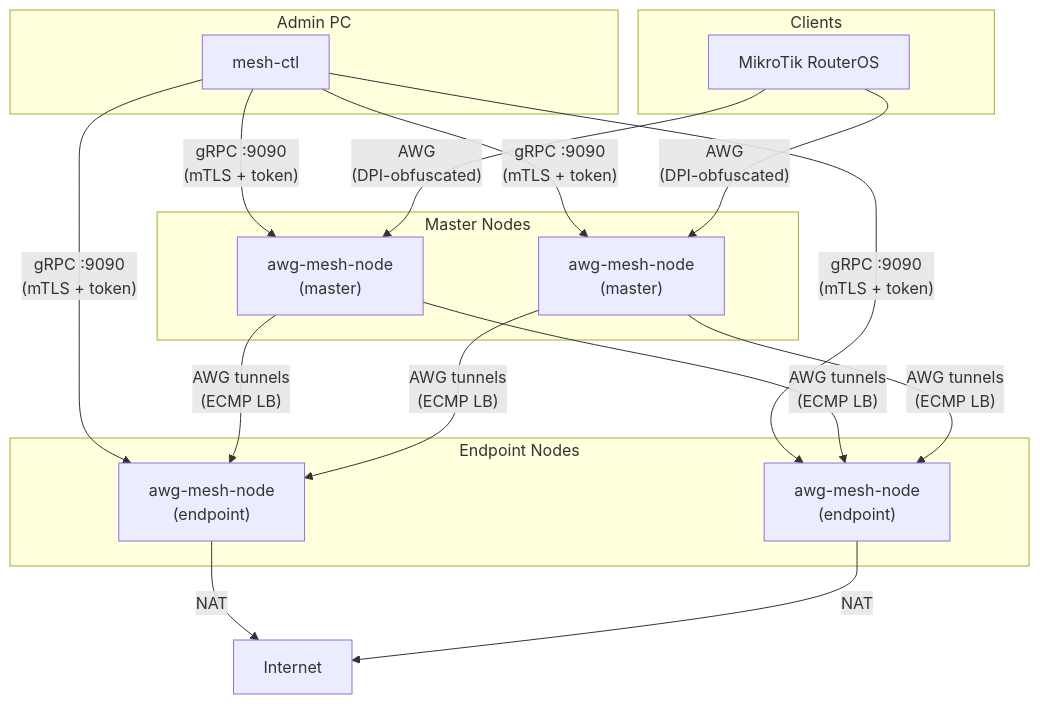
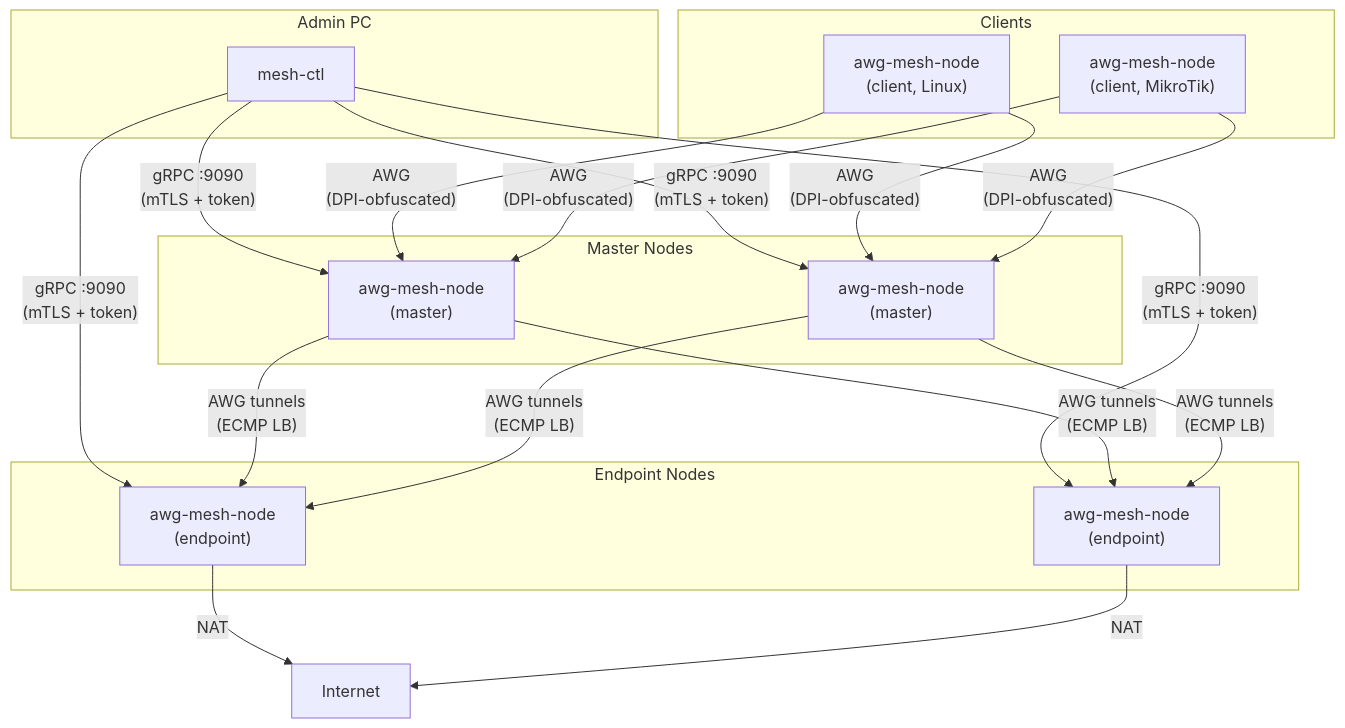
The diagram in README.md (coonfuuseed-paandaa/awg-mesh), drawn with Mermaid before and after one commit. The commit also changed other lines of this file and 1 other file, not shown here.

````diff
--- a/README.md
+++ b/README.md
@@ -14,38 +14,41 @@
 ```mermaid
 graph TB
     subgraph Admin["Admin PC"]
         ctl["mesh-ctl"]
     end
 
     subgraph Masters["Master Nodes"]
         m1["awg-mesh-node\n(master)"]
         m2["awg-mesh-node\n(master)"]
     end
 
     subgraph Endpoints["Endpoint Nodes"]
         e1["awg-mesh-node\n(endpoint)"]
         e2["awg-mesh-node\n(endpoint)"]
     end
 
     subgraph Clients["Clients"]
-        mk["MikroTik RouterOS"]
+        lc["awg-mesh-node\n(client, Linux)"]
+        mk["awg-mesh-node\n(client, MikroTik)"]
     end
 
     inet["Internet"]
 
     ctl -- "gRPC :9090\n(mTLS + token)" --> m1
     ctl -- "gRPC :9090\n(mTLS + token)" --> m2
     ctl -- "gRPC :9090\n(mTLS + token)" --> e1
     ctl -- "gRPC :9090\n(mTLS + token)" --> e2
 
     m1 -- "AWG tunnels\n(ECMP LB)" --> e1
     m1 -- "AWG tunnels\n(ECMP LB)" --> e2
     m2 -- "AWG tunnels\n(ECMP LB)" --> e1
     m2 -- "AWG tunnels\n(ECMP LB)" --> e2
 
+    lc -- "AWG\n(DPI-obfuscated)" --> m1
+    lc -- "AWG\n(DPI-obfuscated)" --> m2
     mk -- "AWG\n(DPI-obfuscated)" --> m1
     mk -- "AWG\n(DPI-obfuscated)" --> m2
 
     e1 -- NAT --> inet
     e2 -- NAT --> inet
 ```
````
